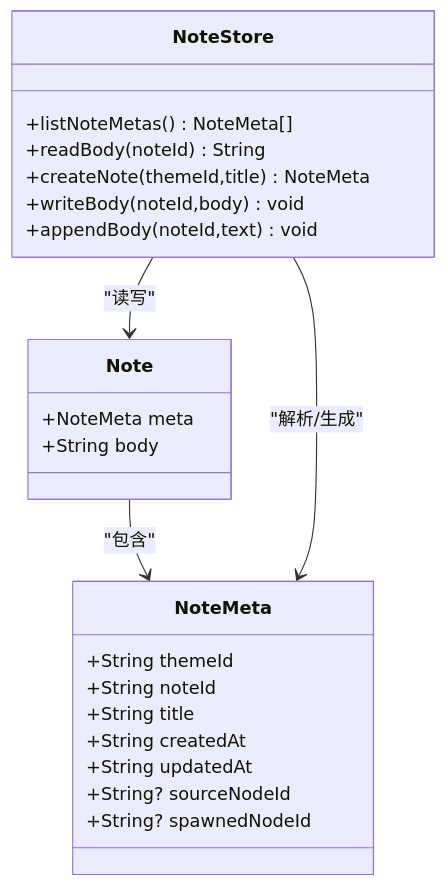
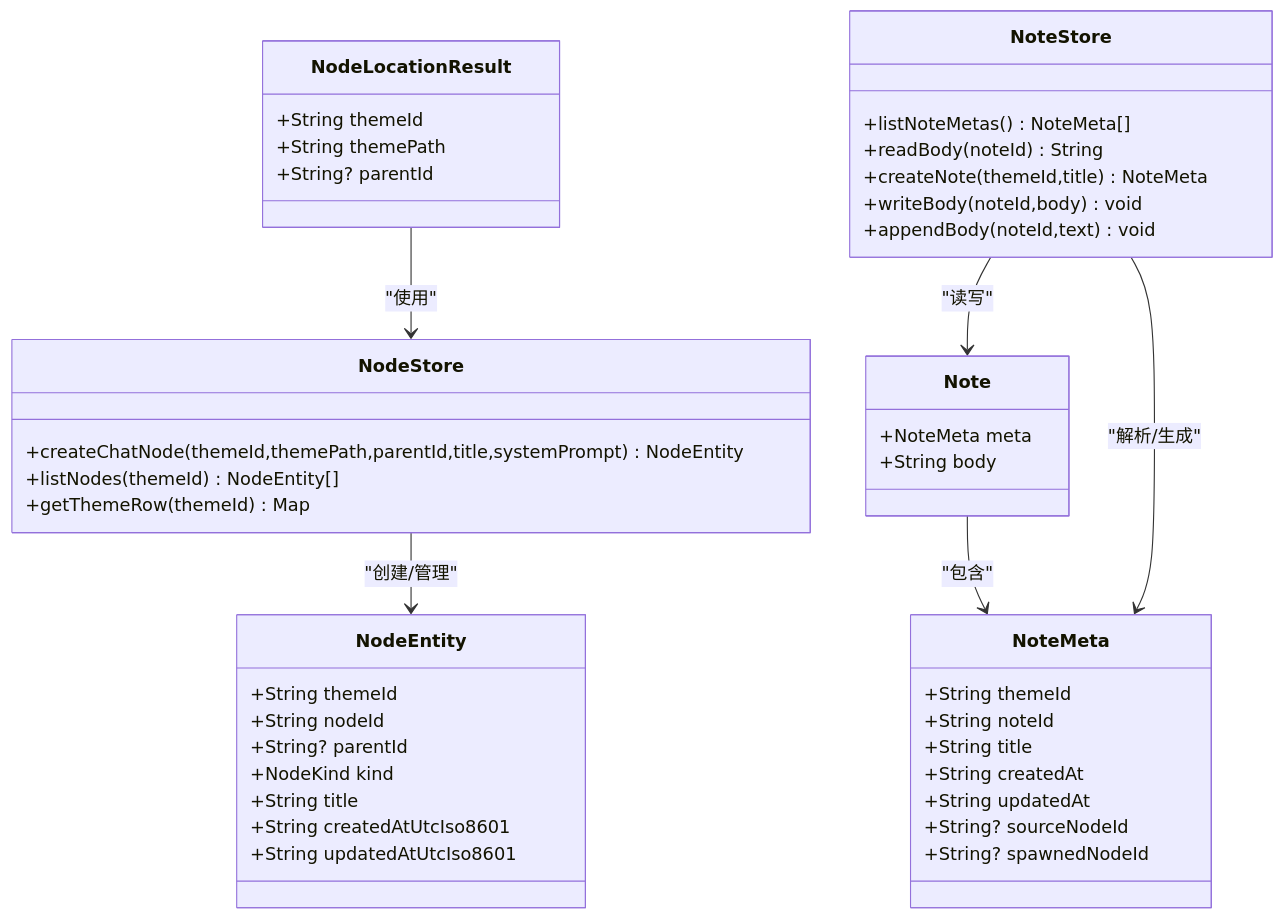
One commit to Ykworm/thktree changed the third of 9 diagrams in .qoder/repowiki/zh/content/核心功能模块/笔记系统/笔记系统.md. Above: the diagram before and after it, drawn with Mermaid. The commit also changed other lines of this file and 45 other files, not shown here.

````diff
--- a/.qoder/repowiki/zh/content/核心功能模块/笔记系统/笔记系统.md
+++ b/.qoder/repowiki/zh/content/核心功能模块/笔记系统/笔记系统.md
@@ -156,26 +199,47 @@
 ```mermaid
 classDiagram
 class NoteMeta {
 +String themeId
 +String noteId
 +String title
 +String createdAt
 +String updatedAt
 +String? sourceNodeId
 +String? spawnedNodeId
 }
 class Note {
 +NoteMeta meta
 +String body
 }
+class NodeEntity {
++String themeId
++String nodeId
++String? parentId
++NodeKind kind
++String title
++String createdAtUtcIso8601
++String updatedAtUtcIso8601
+}
+class NodeLocationResult {
++String themeId
++String themePath
++String? parentId
+}
 class NoteStore {
 +listNoteMetas() NoteMeta[]
 +readBody(noteId) String
 +createNote(themeId,title) NoteMeta
 +writeBody(noteId,body) void
 +appendBody(noteId,text) void
 }
+class NodeStore {
++createChatNode(themeId,themePath,parentId,title,systemPrompt) NodeEntity
++listNodes(themeId) NodeEntity[]
++getThemeRow(themeId) Map
+}
 Note --> NoteMeta : "包含"
 NoteStore --> Note : "读写"
 NoteStore --> NoteMeta : "解析/生成"
+NodeStore --> NodeEntity : "创建/管理"
+NodeLocationResult --> NodeStore : "使用"
 ```
````
